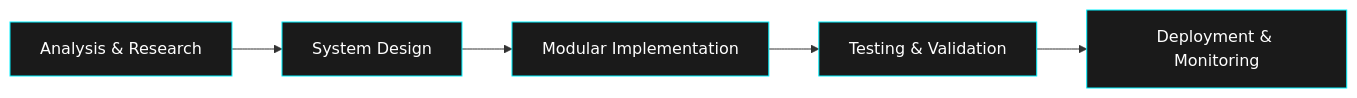
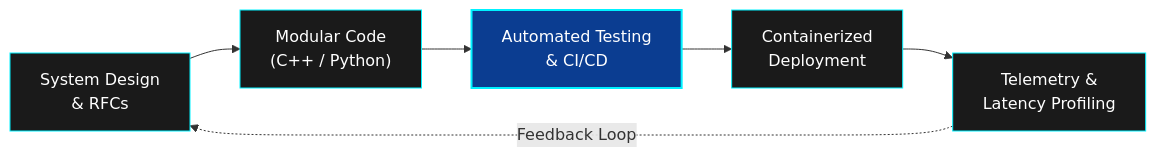
Before and after one commit to jibitesh-auth/jibitesh-auth: the first of 2 diagrams in README.md, drawn with Mermaid. The commit also changed other lines of this file, not shown here.

````diff
--- a/README.md
+++ b/README.md
@@ -46,13 +45,14 @@
 ```mermaid
 graph LR
-    A["Analysis & Research"] --> B["System Design"]
-    B --> C["Modular Implementation"]
-    C --> D["Testing & Validation"]
-    D --> E["Deployment & Monitoring"]
+    A["System Design<br/>& RFCs"] --> B["Modular Code<br/>(C++ / Python)"]
+    B --> C["Automated Testing<br/>& CI/CD"]
+    C --> D["Containerized<br/>Deployment"]
+    D --> E["Telemetry &<br/>Latency Profiling"]
+    E -.->|Feedback Loop| A
 
     style A fill:#1a1a1a,stroke:#00F2FF,color:#fff
     style B fill:#1a1a1a,stroke:#00F2FF,color:#fff
-    style C fill:#1a1a1a,stroke:#00F2FF,color:#fff
+    style C fill:#0B3D91,stroke:#00F2FF,color:#fff,stroke-width:2px
     style D fill:#1a1a1a,stroke:#00F2FF,color:#fff
     style E fill:#1a1a1a,stroke:#00F2FF,color:#fff
 ```
````
